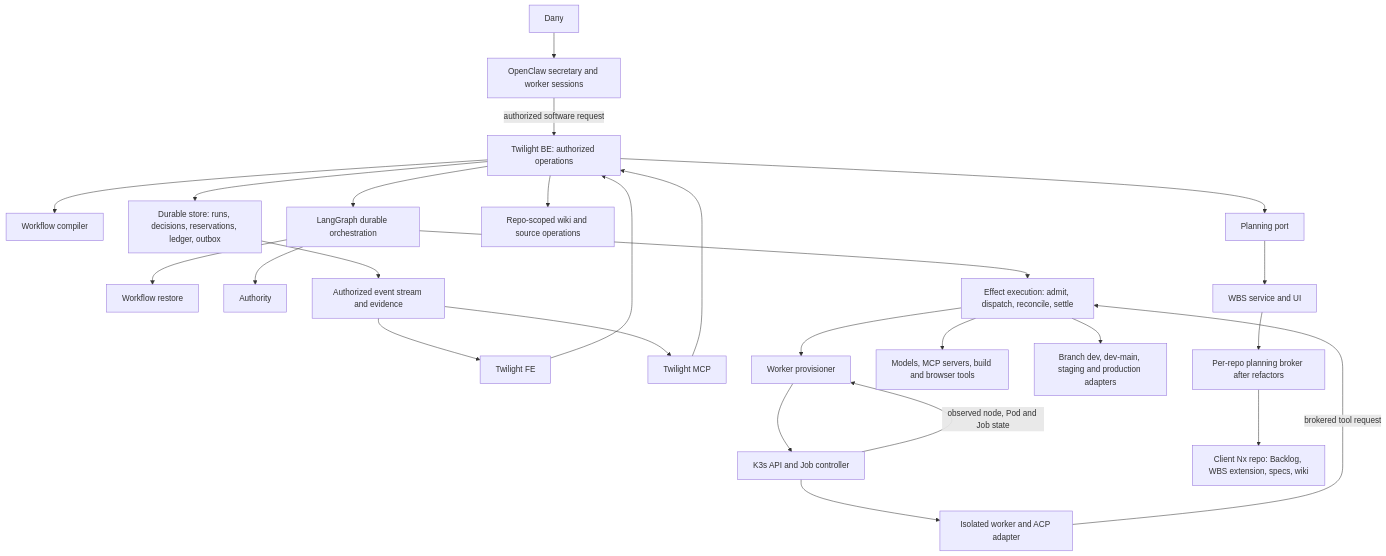
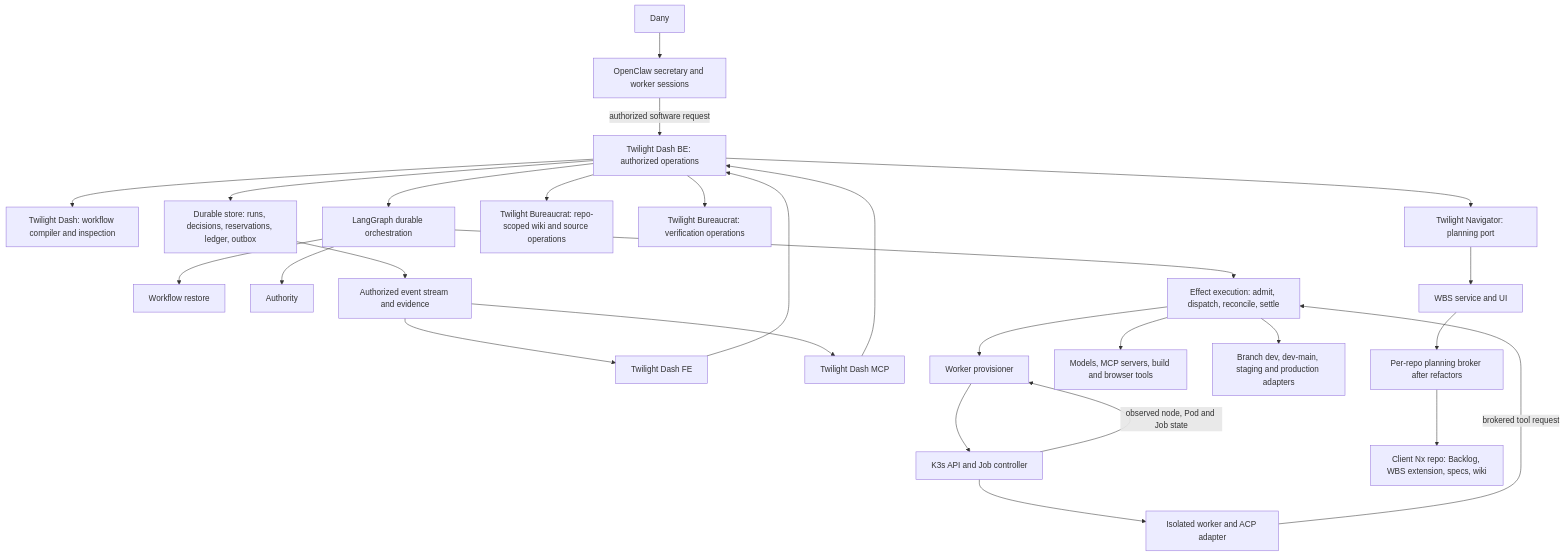
Before and after one commit to Prosperous-Unification/puni-00: the diagram in openspec/changes/twilight-control-plane/design.md, drawn with Mermaid. The commit also changed other lines of this file and 6 other files, not shown here.

````diff
--- a/openspec/changes/twilight-control-plane/design.md
+++ b/openspec/changes/twilight-control-plane/design.md
@@ -17,28 +17,29 @@
 ```mermaid
 flowchart TD
   Person[Dany] --> OpenClaw[OpenClaw secretary and worker sessions]
   OpenClaw -- authorized software request --> API
-  FE[Twilight FE] --> API[Twilight BE: authorized operations]
-  MCP[Twilight MCP] --> API
-  API --> Compiler[Workflow compiler]
+  FE[Twilight Dash FE] --> API[Twilight Dash BE: authorized operations]
+  MCP[Twilight Dash MCP] --> API
+  API --> Compiler[Twilight Dash: workflow compiler and inspection]
   API --> Store[Durable store: runs, decisions, reservations, ledger, outbox]
   API --> Graph[LangGraph durable orchestration]
   Graph --> Restore[Workflow restore]
   Graph --> Authority
   Graph --> Effects[Effect execution: admit, dispatch, reconcile, settle]
   Effects --> Provisioning[Worker provisioner]
   Provisioning --> K3s[K3s API and Job controller]
   K3s --> Worker[Isolated worker and ACP adapter]
   K3s -- observed node, Pod and Job state --> Provisioning
   Worker -- brokered tool request --> Effects
   Effects --> External[Models, MCP servers, build and browser tools]
   Effects --> Environments[Branch dev, dev-main, staging and production adapters]
-  API --> Knowledge[Repo-scoped wiki and source operations]
-  API --> Planning[Planning port]
+  API --> Knowledge[Twilight Bureaucrat: repo-scoped wiki and source operations]
+  API --> Verification[Twilight Bureaucrat: verification operations]
+  API --> Planning[Twilight Navigator: planning port]
   Planning --> WBS[WBS service and UI]
   WBS --> Broker[Per-repo planning broker after refactors]
   Broker --> Repo[Client Nx repo: Backlog, WBS extension, specs, wiki]
   Store --> Events[Authorized event stream and evidence]
   Events --> FE
   Events --> MCP
 ```
````
